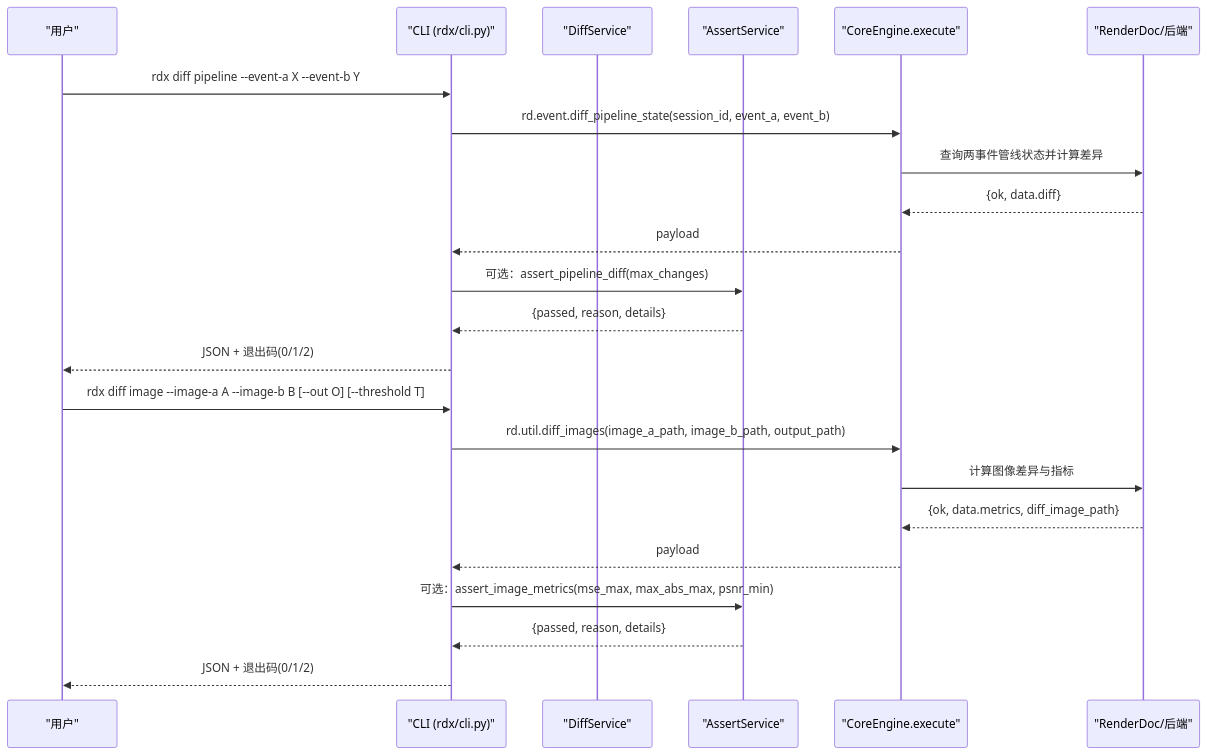
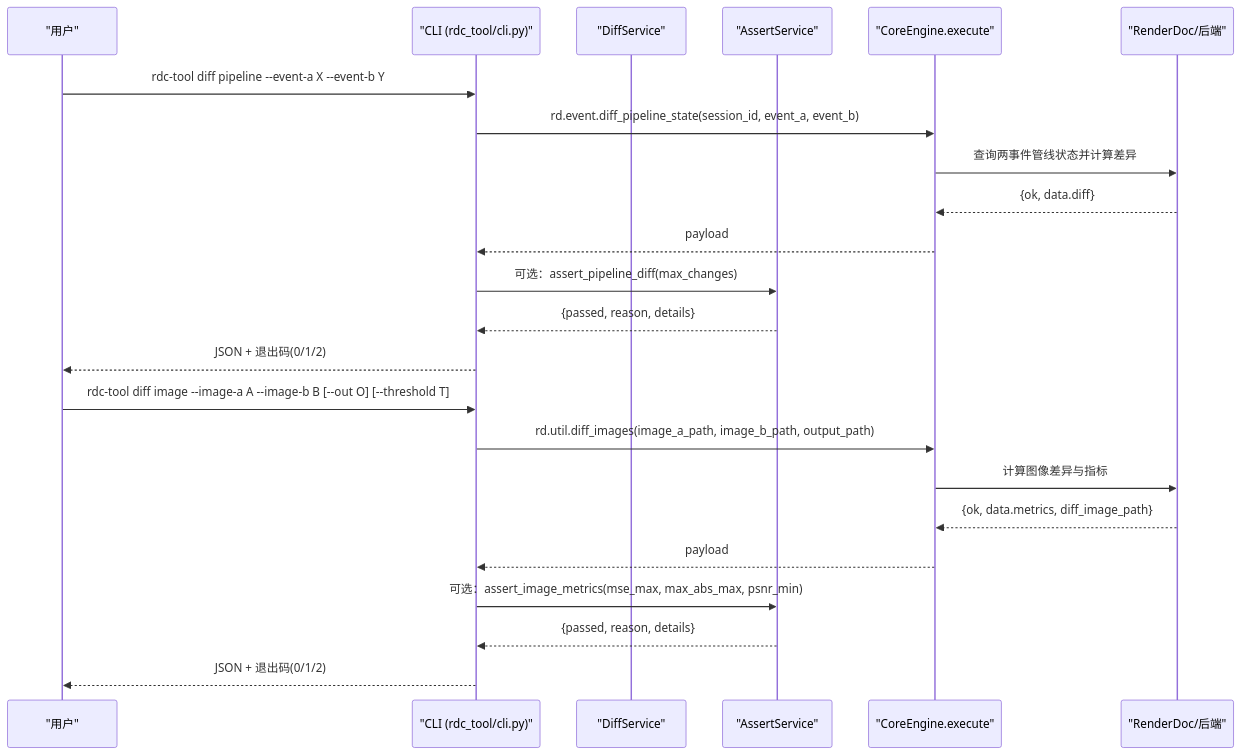
Before and after one commit to haolange/RDC-Tool: the second of 7 diagrams in .qoder/repowiki/zh/content/CLI参考手册/差异比较和断言命令.md, drawn with Mermaid. The commit also changed other lines of this file and 388 other files, not shown here.

First line of the commit message:
Release RDC-Tool identity and public maintenance surface

````diff
--- a/.qoder/repowiki/zh/content/CLI参考手册/差异比较和断言命令.md
+++ b/.qoder/repowiki/zh/content/CLI参考手册/差异比较和断言命令.md
@@ -90,25 +90,25 @@
 ```mermaid
 sequenceDiagram
 participant U as "用户"
-participant C as "CLI (rdx/cli.py)"
+participant C as "CLI (rdc_tool/cli.py)"
 participant D as "DiffService"
 participant A as "AssertService"
 participant E as "CoreEngine.execute"
 participant R as "RenderDoc/后端"
-U->>C : rdx diff pipeline --event-a X --event-b Y
+U->>C : rdc-tool diff pipeline --event-a X --event-b Y
 C->>E : rd.event.diff_pipeline_state(session_id, event_a, event_b)
 E->>R : 查询两事件管线状态并计算差异
 R-->>E : {ok, data.diff}
 E-->>C : payload
 C->>A : 可选：assert_pipeline_diff(max_changes)
 A-->>C : {passed, reason, details}
 C-->>U : JSON + 退出码(0/1/2)
-U->>C : rdx diff image --image-a A --image-b B [--out O] [--threshold T]
+U->>C : rdc-tool diff image --image-a A --image-b B [--out O] [--threshold T]
 C->>E : rd.util.diff_images(image_a_path, image_b_path, output_path)
 E->>R : 计算图像差异与指标
 R-->>E : {ok, data.metrics, diff_image_path}
 E-->>C : payload
 C->>A : 可选：assert_image_metrics(mse_max, max_abs_max, psnr_min)
 A-->>C : {passed, reason, details}
 C-->>U : JSON + 退出码(0/1/2)
 ```
````
